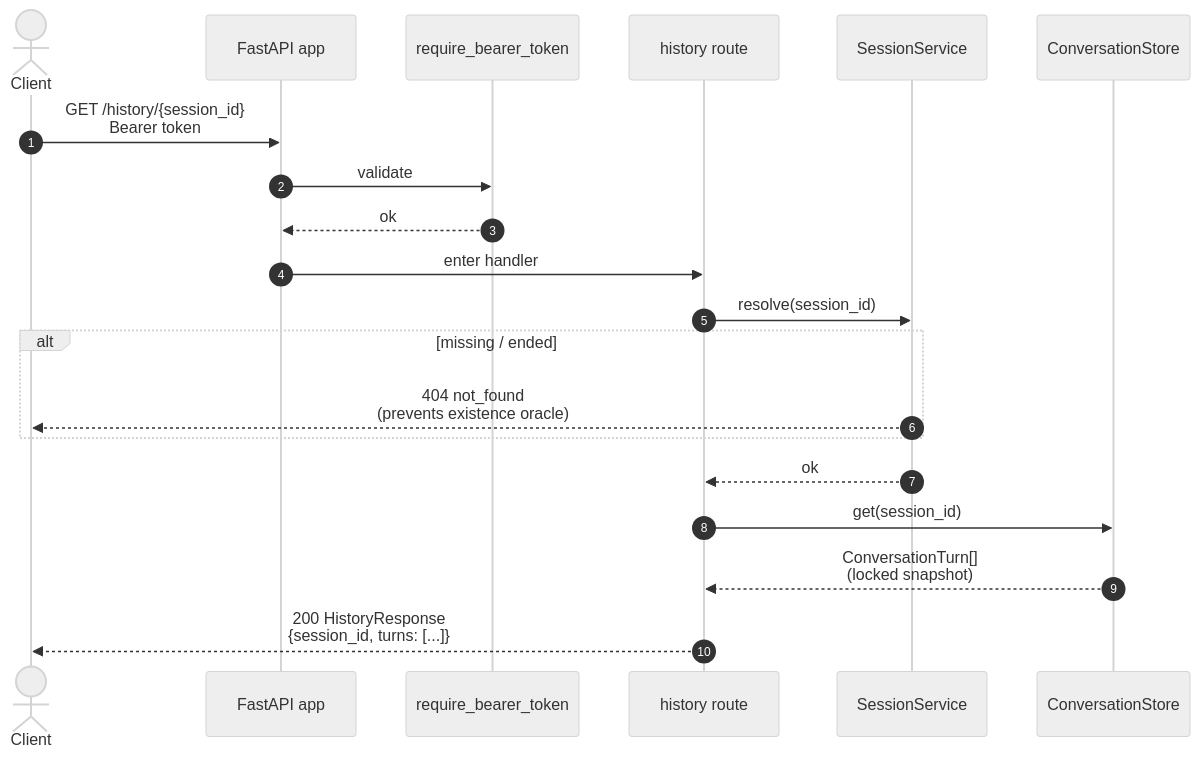
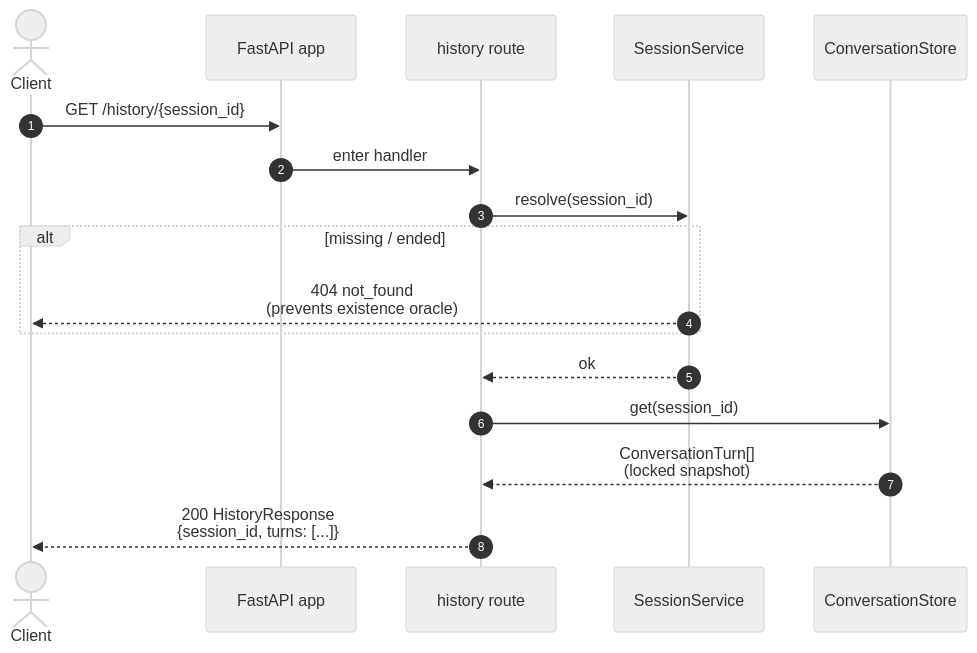
One commit to dvmhmdsd/doc-assistant changed the fourth of 4 diagrams in docs/explanation/sequence-diagrams.md. Above: the diagram before and after it, drawn with Mermaid (neutral theme). The commit also changed other lines of this file and 23 other files, not shown here.

````diff
--- a/docs/explanation/sequence-diagrams.md
+++ b/docs/explanation/sequence-diagrams.md
@@ -222,23 +210,20 @@
 ```mermaid
 sequenceDiagram
     autonumber
     actor client as Client
     participant api as FastAPI app
-    participant auth as require_bearer_token
     participant route as history route
     participant sess as SessionService
     participant history as ConversationStore
 
-    client->>api: GET /history/{session_id}<br/>Bearer token
-    api->>auth: validate
-    auth-->>api: ok
+    client->>api: GET /history/{session_id}
     api->>route: enter handler
     route->>sess: resolve(session_id)
     alt missing / ended
         sess-->>client: 404 not_found<br/>(prevents existence oracle)
     end
     sess-->>route: ok
     route->>history: get(session_id)
     history-->>route: ConversationTurn[]<br/>(locked snapshot)
     route-->>client: 200 HistoryResponse<br/>{session_id, turns: [...]}
 ```
````
